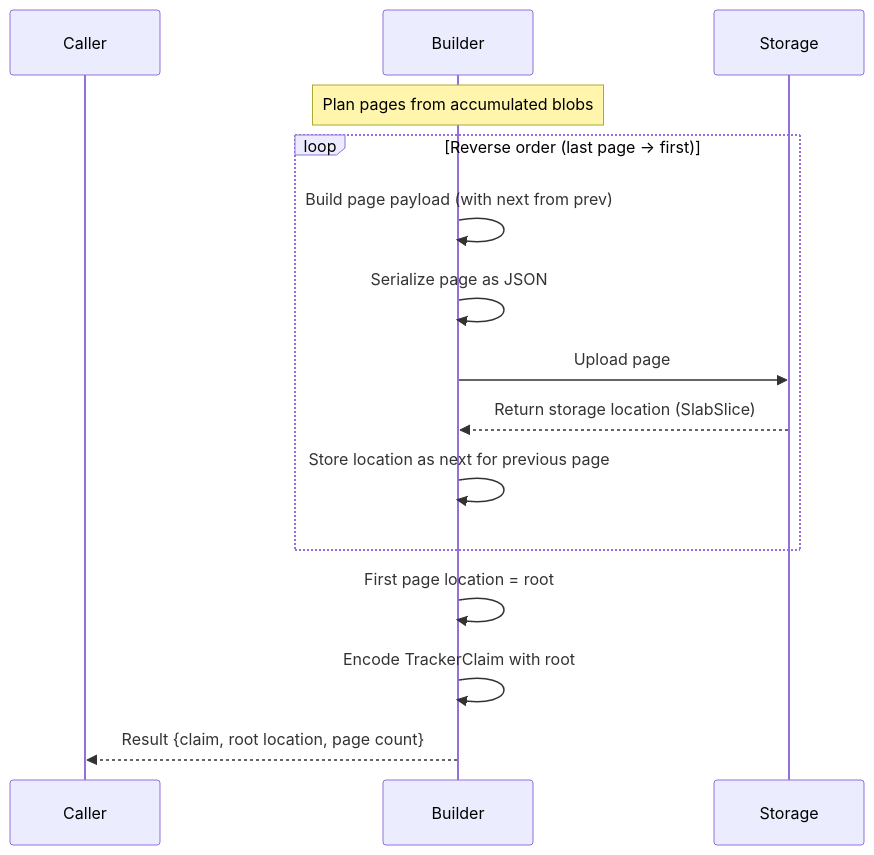
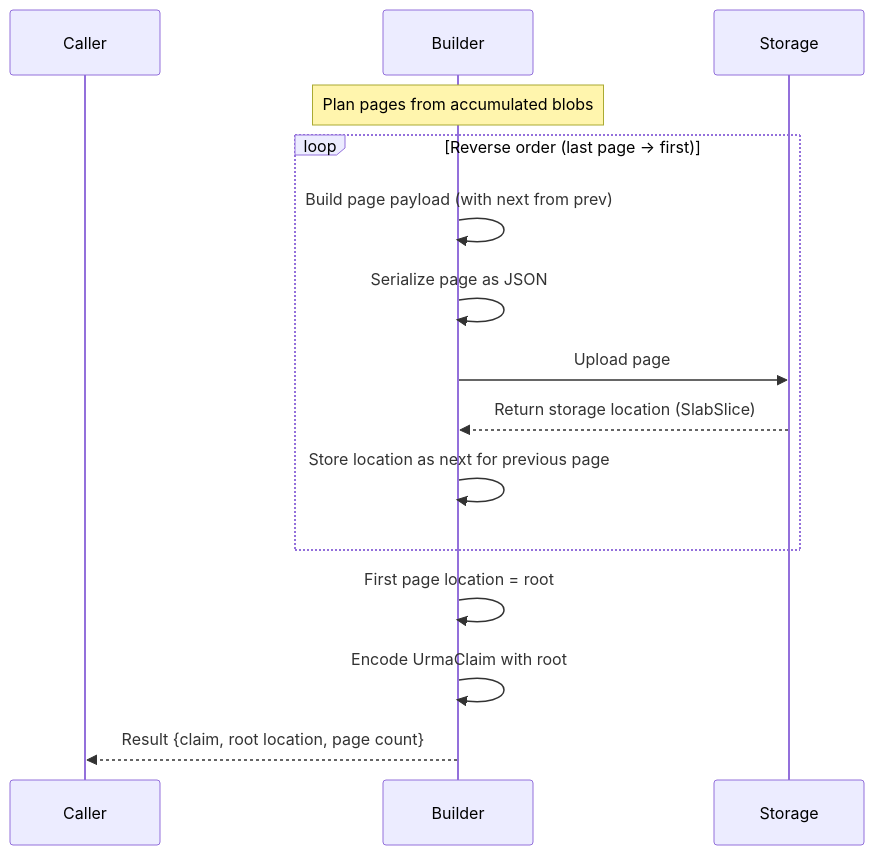
One commit to LumeWeb/tracker-protocol changed the diagram in docs/sia-backend.md. Above: the diagram before and after it, drawn with Mermaid. The commit also changed other lines of this file and 19 other files, not shown here.

````diff
--- a/docs/sia-backend.md
+++ b/docs/sia-backend.md
@@ -81,20 +81,20 @@
 ```mermaid
 sequenceDiagram
     participant Caller
     participant Builder
     participant Storage
 
     Note over Builder: Plan pages from accumulated blobs
 
     loop Reverse order (last page -> first)
         Builder->>Builder: Build page payload (with next from prev)
         Builder->>Builder: Serialize page as JSON
         Builder->>Storage: Upload page
         Storage-->>Builder: Return storage location (SlabSlice)
         Builder->>Builder: Store location as next for previous page
     end
 
     Builder->>Builder: First page location = root
-    Builder->>Builder: Encode TrackerClaim with root
+    Builder->>Builder: Encode UrmaClaim with root
     Builder-->>Caller: Result {claim, root location, page count}
 ```
````
